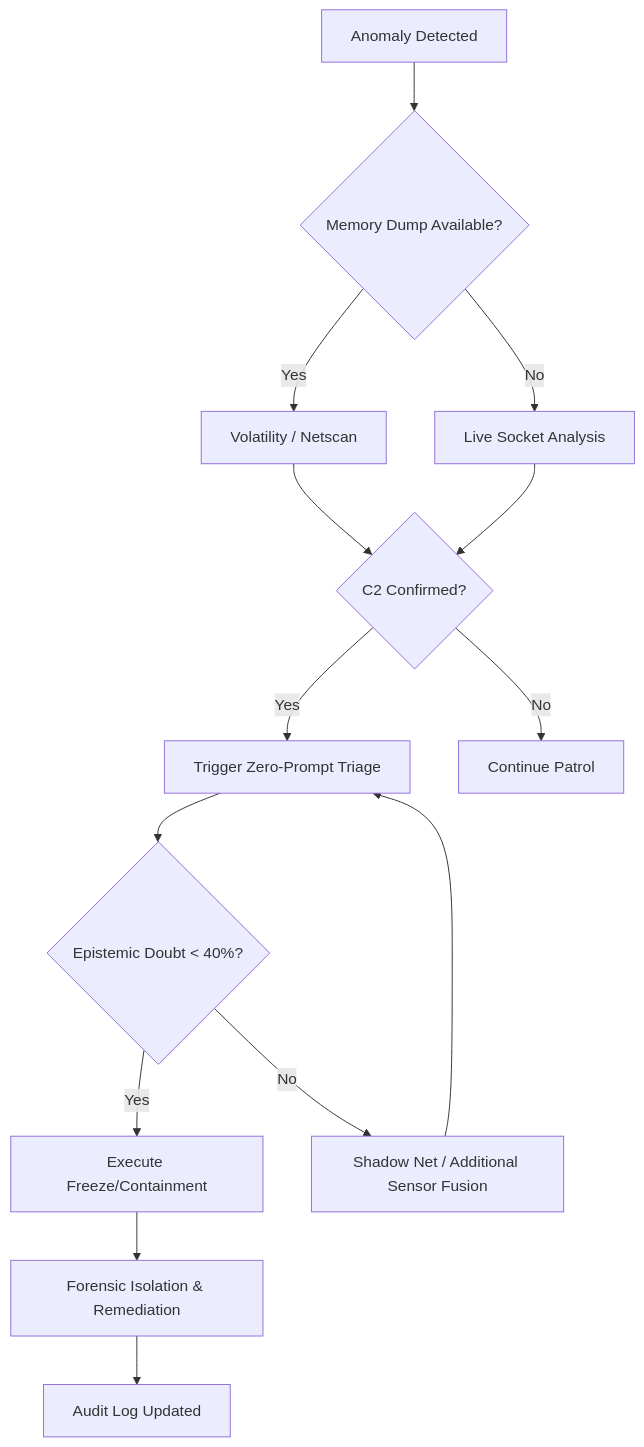
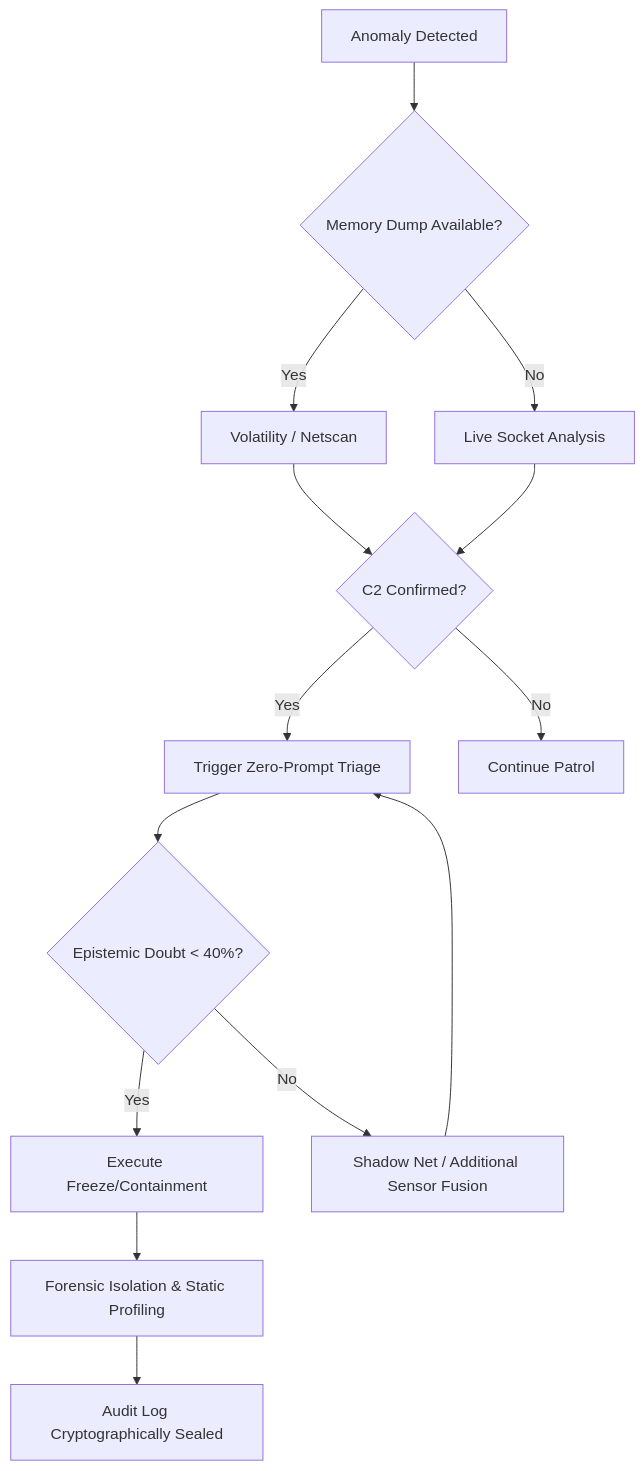
The third of 3 diagrams in README.md (ArcVielLouvent/yomi-triage-system), drawn with Mermaid before and after one commit. The commit also changed other lines of this file, not shown here.

````diff
--- a/README.md
+++ b/README.md
@@ -75,16 +260,17 @@
 ```mermaid
 flowchart TD;
     A[Anomaly Detected] --> B{Memory Dump Available?}
     B -- Yes --> C[Volatility / Netscan]
     B -- No --> D[Live Socket Analysis]
     C --> E{C2 Confirmed?}
     D --> E
     E -- Yes --> F[Trigger Zero-Prompt Triage]
     E -- No --> G[Continue Patrol]
     F --> H{Epistemic Doubt < 40%?}
     H -- Yes --> I[Execute Freeze/Containment]
     H -- No --> J[Shadow Net / Additional Sensor Fusion]
     J --> F
-    I --> K[Forensic Isolation & Remediation]
-    K --> L[Audit Log Updated]
+    I --> K[Forensic Isolation & Static Profiling]
+    K --> L[Audit Log Cryptographically Sealed]
+
 ```
````
